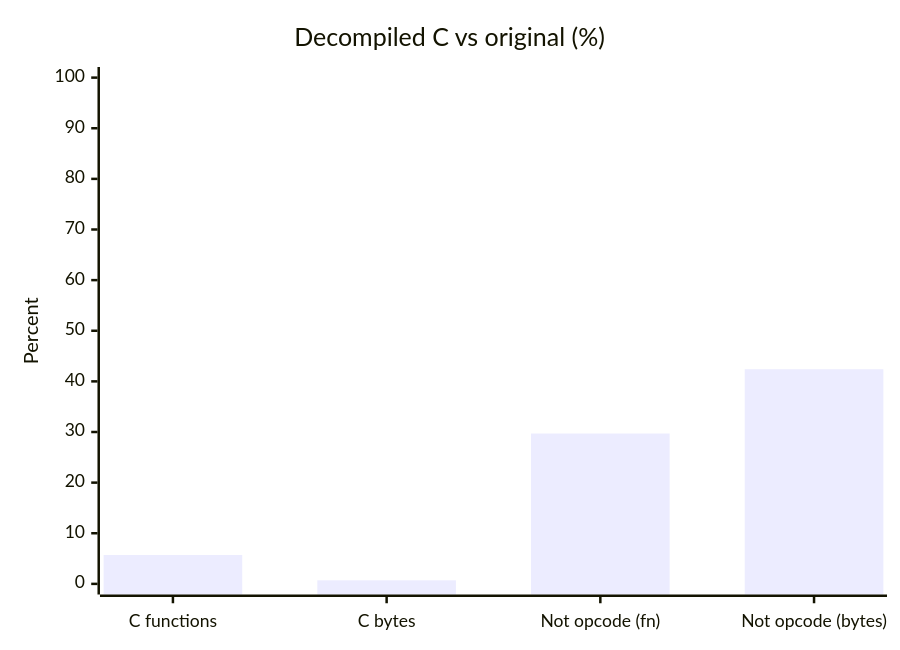
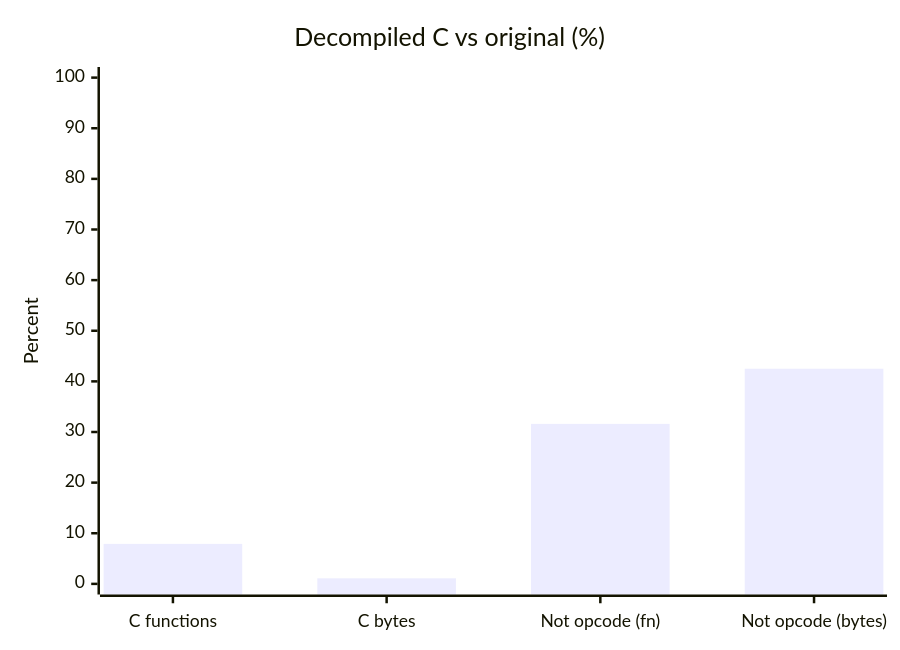
One commit to JesterWizard/beyblade_g_revolution changed the diagram in README.md. Above: the diagram before and after it, drawn with Mermaid. The commit also changed other lines of this file and 33 other files, not shown here.

````diff
--- a/README.md
+++ b/README.md
@@ -19,7 +19,7 @@
 ```mermaid
 xychart-beta
     title "Decompiled C vs original (%)"
     x-axis ["C functions", "C bytes", "Not opcode (fn)", "Not opcode (bytes)"]
     y-axis "Percent" 0 --> 100
-    bar [5.7, 0.7, 29.7, 42.4]
+    bar [7.9, 1.1, 31.6, 42.5]
 ```
````
